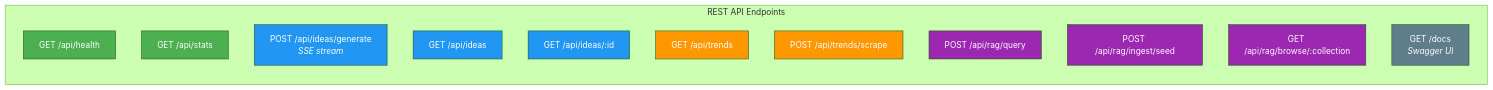
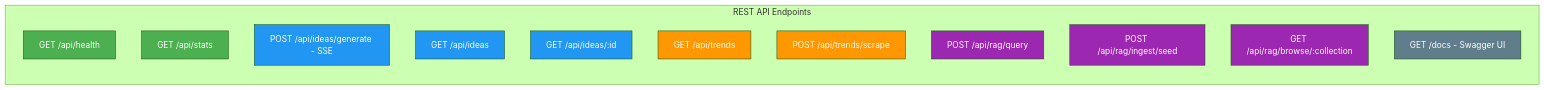
The fourth of 6 diagrams in README.md (soumyachk101/IdeaForge), drawn with Mermaid (forest theme) before and after one commit. The commit also changed other lines of this file, not shown here.

First line of the commit message:
Fix all Mermaid diagrams for GitHub renderer compatibility

````diff
--- a/README.md
+++ b/README.md
@@ -290,29 +283,29 @@
 ```mermaid
 graph LR
     subgraph ENDPOINTS["REST API Endpoints"]
         direction TB
         H["GET /api/health"]
         S["GET /api/stats"]
-        IG["POST /api/ideas/generate<br/><i>SSE stream</i>"]
+        IG["POST /api/ideas/generate - SSE"]
         IL["GET /api/ideas"]
         IID["GET /api/ideas/:id"]
         TL["GET /api/trends"]
         TS["POST /api/trends/scrape"]
         RQ["POST /api/rag/query"]
         RI["POST /api/rag/ingest/seed"]
         RB["GET /api/rag/browse/:collection"]
-        DOC["GET /docs<br/><i>Swagger UI</i>"]
+        DOC["GET /docs - Swagger UI"]
     end
 
     style H fill:#4CAF50,color:#fff
     style S fill:#4CAF50,color:#fff
     style IG fill:#2196F3,color:#fff
     style IL fill:#2196F3,color:#fff
     style IID fill:#2196F3,color:#fff
     style TL fill:#FF9800,color:#fff
     style TS fill:#FF9800,color:#fff
     style RQ fill:#9C27B0,color:#fff
     style RI fill:#9C27B0,color:#fff
     style RB fill:#9C27B0,color:#fff
     style DOC fill:#607D8B,color:#fff
 ```
````
